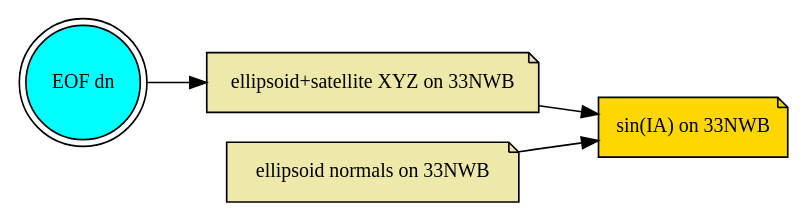
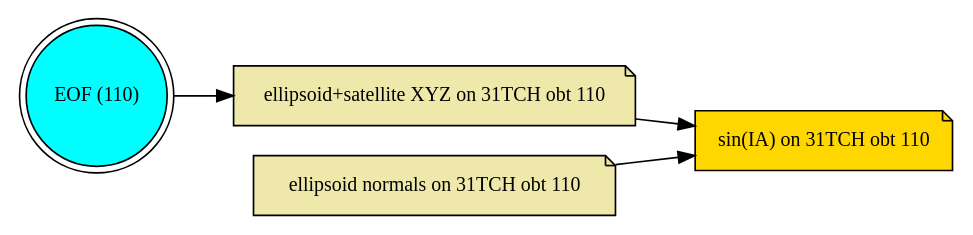
One commit to CNES/S1Tiling changed the diagram in docs/dataflow-incidence-angle.rst. Above: the diagram before and after it, drawn with Graphviz. The commit also changed 2 other files, not shown here.

Commit message:
DOC: Update API documentation regarding IA maps

```diff
--- a/docs/dataflow-incidence-angle.rst
+++ b/docs/dataflow-incidence-angle.rst
@@ -41,24 +41,24 @@
 .. graphviz::
     :name: graph_IA
-    :caption: Tasks for generating Ellipsoid Incidence Angle map on 33NWB
-    :alt: Complete task flow for generating Ellipsoid Incidence Angle map on 33NWB
+    :caption: Tasks for generating Ellipsoid Incidence Angle map on 31TCH, orbit 110
+    :alt: Complete task flow for generating Ellipsoid Incidence Angle map on 31TCH, orbit 110
     :align: center
 
      digraph "sphinx-ext-graphviz" {
          rankdir="LR";
          graph [fontname="Verdana", fontsize="12"];
          node [fontname="Verdana", fontsize="12", shape="note", target="_top", style=filled];
          edge [fontname="Sans", fontsize="9"];
 
          # =====[ Inputs nodes
-         eof_dx      [label="EOF dn",         href="files.html#eof",    shape="doublecircle", fillcolor=cyan]
+         eof_dx      [label="EOF (110)", href="files.html#eof", shape="doublecircle", fillcolor=cyan]
 
          # =====[ IA workflow
-         xyz_d1_t1     [label="ellipsoid+satellite XYZ on 33NWB", fillcolor=palegoldenrod];
-         normals_on_S2 [label="ellipsoid normals on 33NWB",       fillcolor=palegoldenrod];
-         nwb_ia        [label="sin(IA) on 33NWB",                 fillcolor="gold" ]
+         xyz_d1_t1     [label="ellipsoid+satellite XYZ on 31TCH obt 110", fillcolor=palegoldenrod];
+         normals_on_S2 [label="ellipsoid normals on 31TCH obt 110",       fillcolor=palegoldenrod];
+         tch_ia        [label="sin(IA) on 31TCH obt 110",                 fillcolor="gold" ]
 
          eof_dx        -> xyz_d1_t1;
-         normals_on_S2 -> nwb_ia;
-         xyz_d1_t1     -> nwb_ia;
+         normals_on_S2 -> tch_ia;
+         xyz_d1_t1     -> tch_ia;
      }
```
